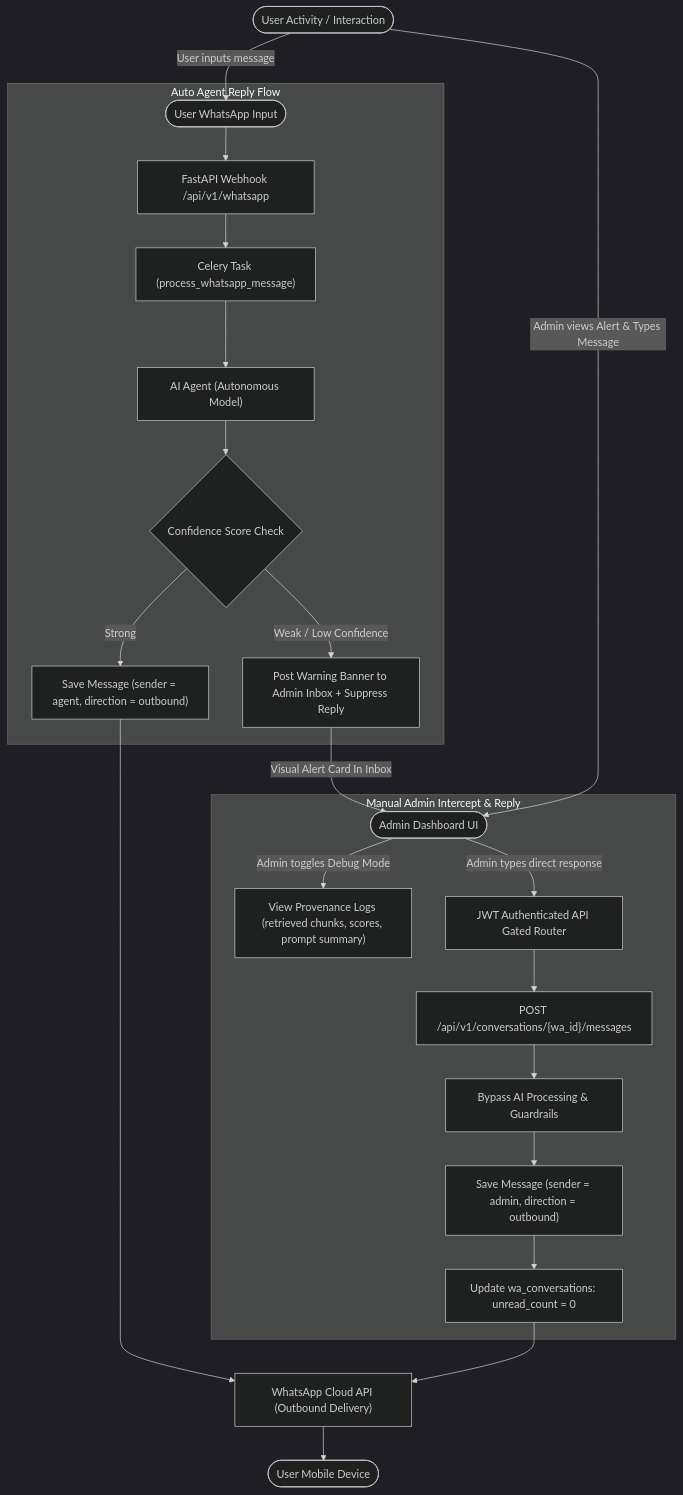
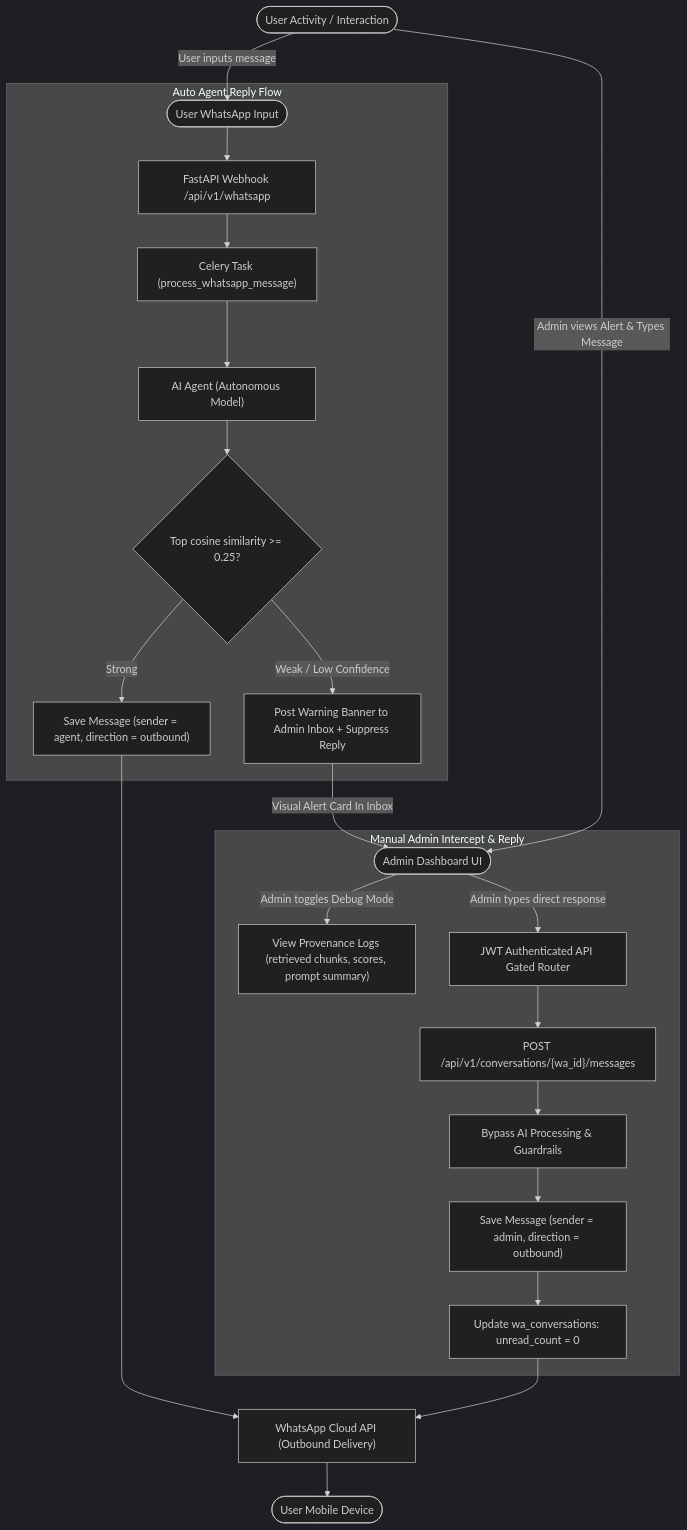
One commit to HasnainMuavia1/WA-Graph-RAG-BACKEND changed the fourth of 5 diagrams in README.md. Above: the diagram before and after it, drawn with Mermaid (dark theme). The commit also changed other lines of this file and 36 other files, not shown here.

````diff
--- a/README.md
+++ b/README.md
@@ -161,35 +162,35 @@
 ```mermaid
 graph TD
     UserStart([User Activity / Interaction])
     
     %% Flows
     UserStart -->|User inputs message| UserIn([User WhatsApp Input])
     UserStart -->|Admin views Alert & Types Message| AdminIn([Admin Dashboard UI])
     
     subgraph Auto Agent Reply Flow
         UserIn --> Webhook["FastAPI Webhook /api/v1/whatsapp"]
         Webhook --> Celery["Celery Task (process_whatsapp_message)"]
         Celery --> RAG["AI Agent (Autonomous Model)"]
         
-        %% Splitting based on confidence
-        RAG --> ScoreCheck{Confidence Score Check}
+        %% Splitting based on confidence (top pgvector cosine >= 0.25)
+        RAG --> ScoreCheck{Top cosine similarity >= 0.25?}
         ScoreCheck -->|Strong| SaveAuto["Save Message (sender = agent, direction = outbound)"]
         ScoreCheck -->|Weak / Low Confidence| AlertAdmin["Post Warning Banner to Admin Inbox + Suppress Reply"]
     end
 
     subgraph Manual Admin Intercept & Reply
         AlertAdmin -->|Visual Alert Card In Inbox| AdminIn
         AdminIn -->|Admin toggles Debug Mode| ViewProvenance["View Provenance Logs (retrieved chunks, scores, prompt summary)"]
         AdminIn -->|Admin types direct response| Auth["JWT Authenticated API Gated Router"]
         Auth --> SendEndpoint["POST /api/v1/conversations/{wa_id}/messages"]
         SendEndpoint --> Bypass["Bypass AI Processing & Guardrails"]
         Bypass --> SaveManual["Save Message (sender = admin, direction = outbound)"]
         SaveManual --> ResetUnread["Update wa_conversations: unread_count = 0"]
     end
     
     %% Output
     SaveAuto --> OutWA["WhatsApp Cloud API (Outbound Delivery)"]
     ResetUnread --> OutWA
     
     OutWA --> UserMobile([User Mobile Device])
 ```
````
